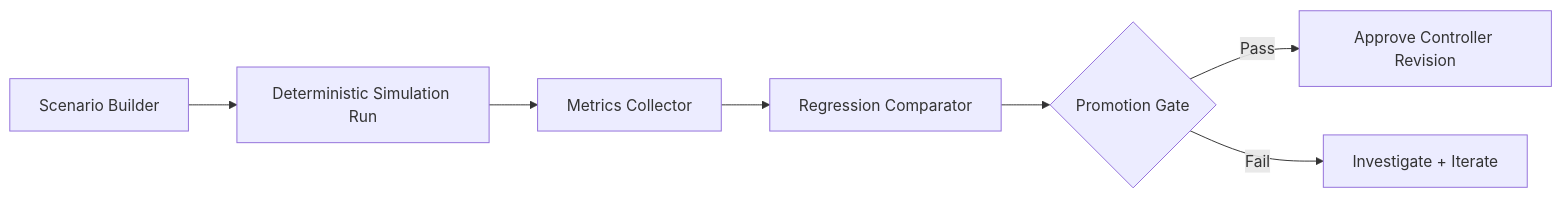
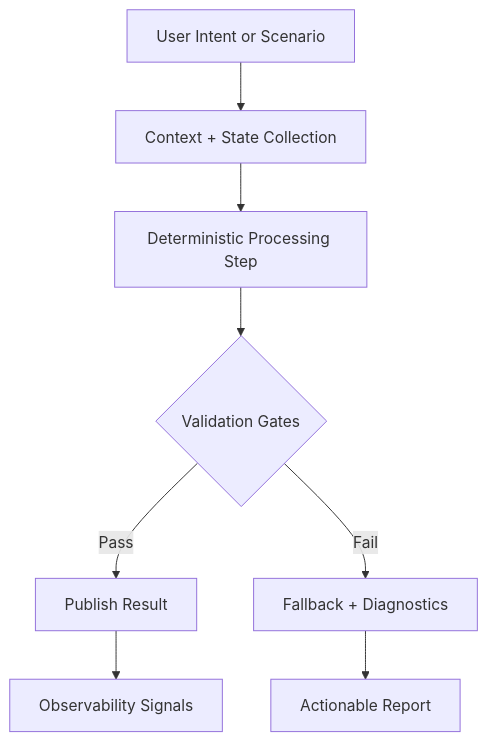
Before and after one commit to MariumAfzal2703/physical-ai-humanoid-robotics-textbook: the first of 3 diagrams in docs/module-2-simulation/overview.mdx, drawn with Mermaid. The commit also changed other lines of this file and 20 other files, not shown here.

````diff
--- a/docs/module-2-simulation/overview.mdx
+++ b/docs/module-2-simulation/overview.mdx
@@ -25,9 +17,10 @@
 ```mermaid
-flowchart LR
-  A[Scenario Builder] --> B[Deterministic Simulation Run]
-  B --> C[Metrics Collector]
-  C --> D[Regression Comparator]
-  D --> E{Promotion Gate}
-  E -- Pass --> F[Approve Controller Revision]
-  E -- Fail --> G[Investigate + Iterate]
+flowchart TD
+  A[User Intent or Scenario] --> B[Context + State Collection]
+  B --> C[Deterministic Processing Step]
+  C --> D{Validation Gates}
+  D -- Pass --> E[Publish Result]
+  D -- Fail --> F[Fallback + Diagnostics]
+  F --> G[Actionable Report]
+  E --> H[Observability Signals]
 ```
````
